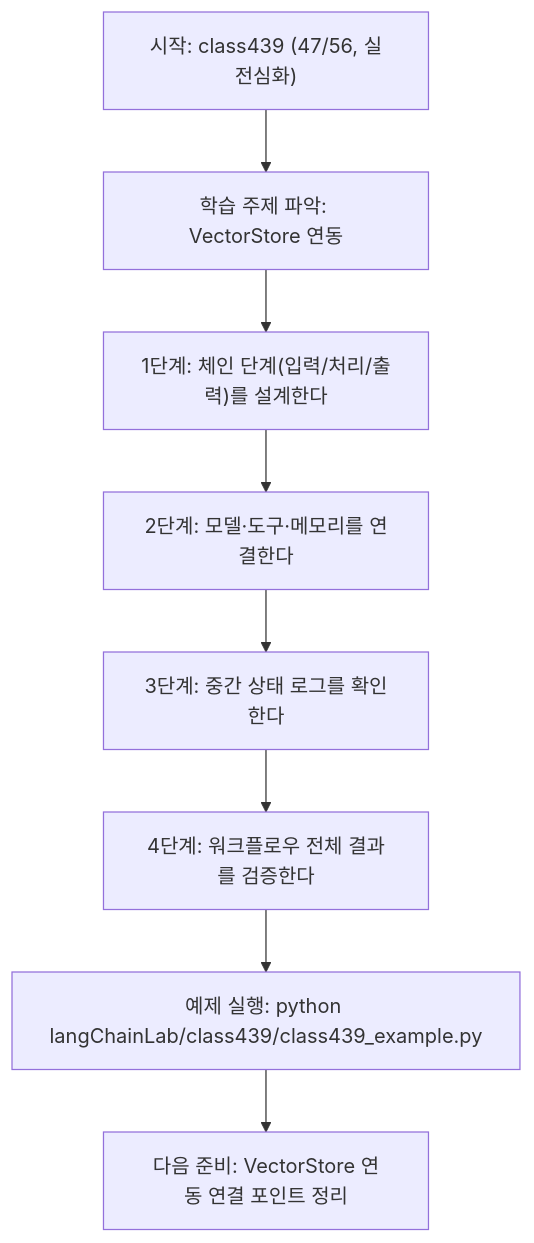
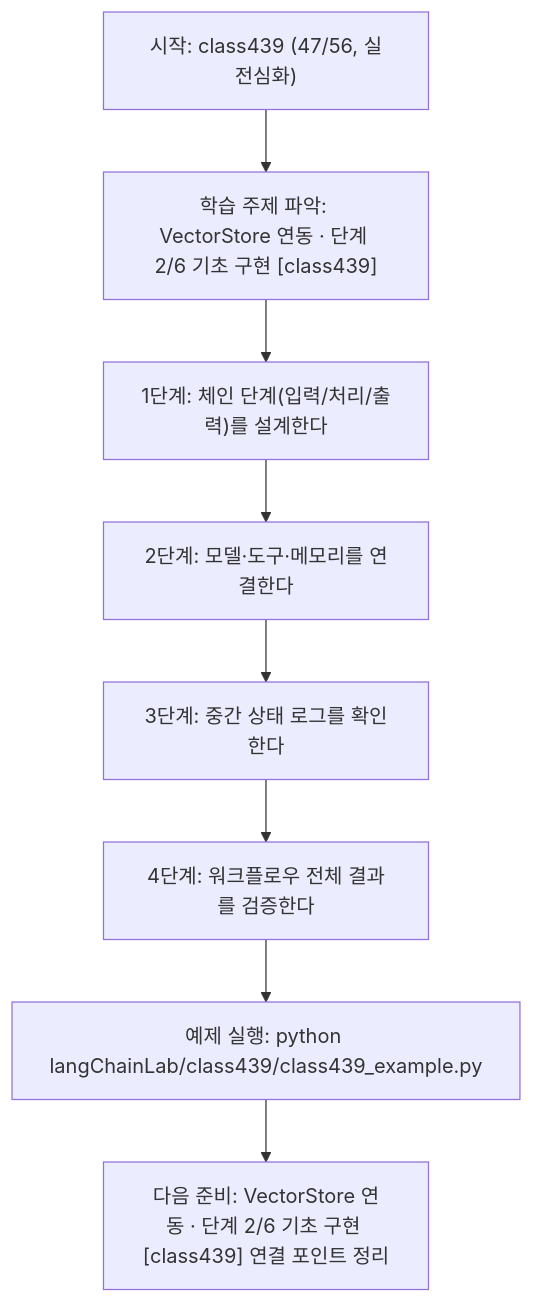
One commit to edumgt/Python-AI_Agent-Class changed the diagram in langChainLab/class439/class439.md. Above: the diagram before and after it, drawn with Mermaid. The commit also changed other lines of this file and 522 other files, not shown here.

````diff
--- a/langChainLab/class439/class439.md
+++ b/langChainLab/class439/class439.md
@@ -108,18 +109,18 @@
 ```mermaid
 flowchart TD
 N1["시작: class439 (47/56, 실전심화)"]
-N2["학습 주제 파악: VectorStore 연동"]
+N2["학습 주제 파악: VectorStore 연동 · 단계 2/6 기초 구현 [class439]"]
 N3["1단계: 체인 단계(입력/처리/출력)를 설계한다"]
 N4["2단계: 모델·도구·메모리를 연결한다"]
 N5["3단계: 중간 상태 로그를 확인한다"]
 N6["4단계: 워크플로우 전체 결과를 검증한다"]
 N7["예제 실행: python langChainLab/class439/class439_example.py"]
-N8["다음 준비: VectorStore 연동 연결 포인트 정리"]
+N8["다음 준비: VectorStore 연동 · 단계 2/6 기초 구현 [class439] 연결 포인트 정리"]
 N1 --> N2
 N2 --> N3
 N3 --> N4
 N4 --> N5
 N5 --> N6
 N6 --> N7
 N7 --> N8
 ```
````
